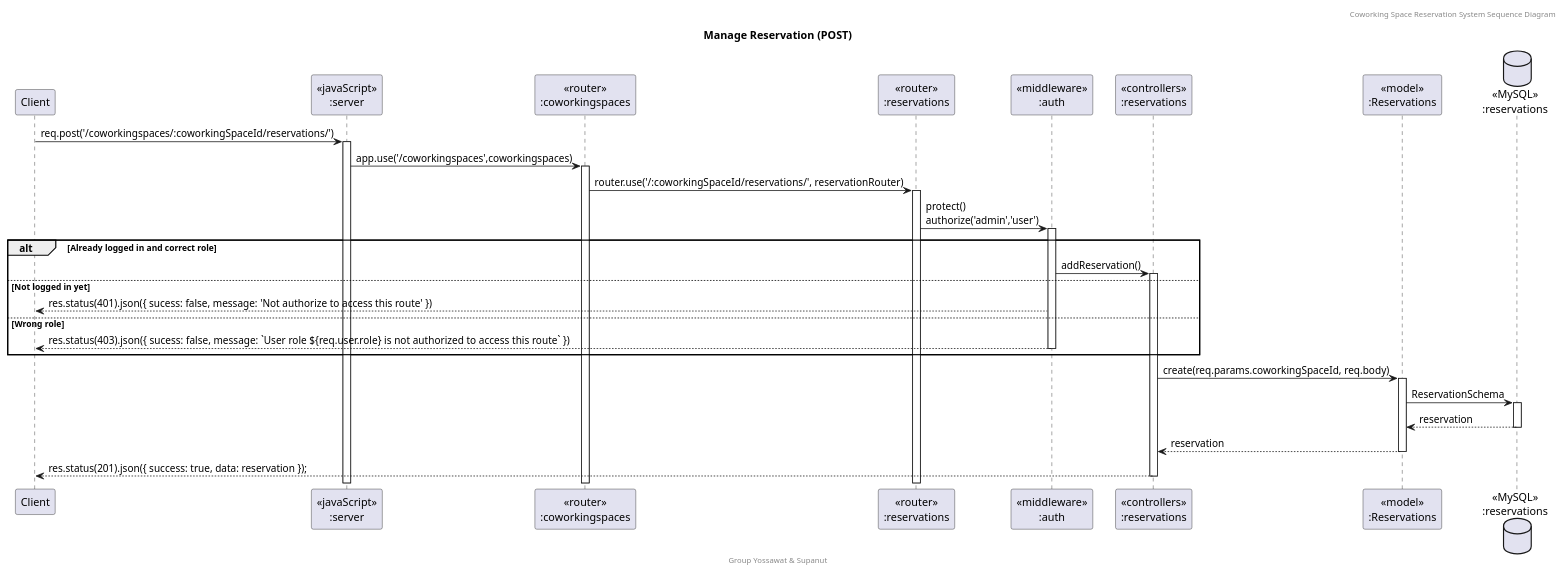
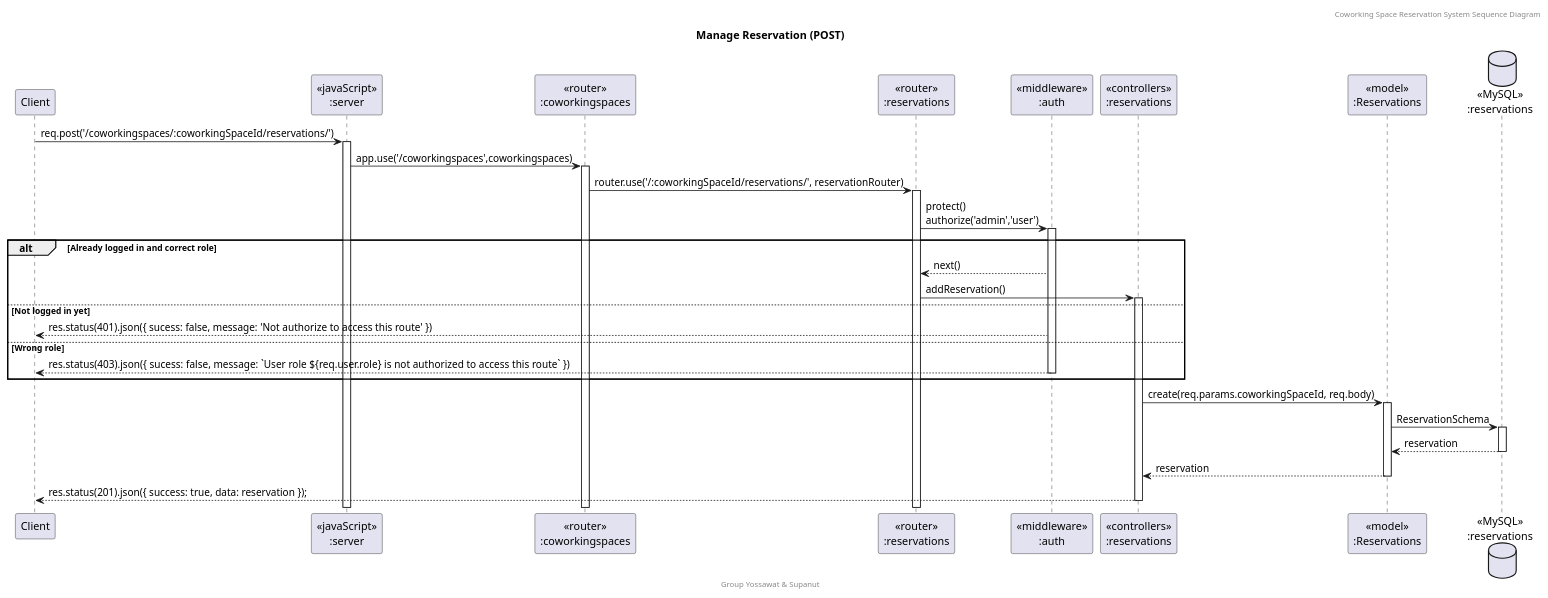
The diagram in doc/Sequence Diagram/puml/Re_Post.puml (SupanutT/sw-dev-prac-project), drawn with PlantUML before and after one commit. The commit also changed 7 other files, not shown here.

Commit message:
fix: sequence diagram

```diff
--- a/doc/Sequence Diagram/puml/Re_Post.puml
+++ b/doc/Sequence Diagram/puml/Re_Post.puml
@@ -1,33 +1,34 @@
 @startuml Manage Reservation (POST)
 
 header Coworking Space Reservation System Sequence Diagram
 footer Group Yossawat & Supanut
 title "Manage Reservation (POST)"
 
 participant "Client" as client
 participant "<<javaScript>>\n:server" as server
 participant "<<router>>\n:coworkingspaces" as routerCoworkingSpaces
 participant "<<router>>\n:reservations" as routerReservations
 participant "<<middleware>>\n:auth" as middleware
 participant "<<controllers>>\n:reservations" as controllersReservations
 participant "<<model>>\n:Reservations" as modelReservation
 database "<<MySQL>>\n:reservations" as ReservationsDatabase
 
 client -> server ++:req.post('/coworkingspaces/:coworkingSpaceId/reservations/')
 server -> routerCoworkingSpaces ++:app.use('/coworkingspaces',coworkingspaces)
 routerCoworkingSpaces -> routerReservations ++:router.use('/:coworkingSpaceId/reservations/', reservationRouter)
 routerReservations -> middleware ++:protect()\nauthorize('admin','user')
 alt Already logged in and correct role
-    middleware -> controllersReservations ++: addReservation()
+    middleware --> routerReservations : next()
+    routerReservations -> controllersReservations ++: addReservation()
 else Not logged in yet
     middleware --> client : res.status(401).json({ sucess: false, message: 'Not authorize to access this route' })
 else Wrong role
     middleware --> client --: res.status(403).json({ sucess: false, message: `User role ${req.user.role} is not authorized to access this route` })
 end
 controllersReservations -> modelReservation ++: create(req.params.coworkingSpaceId, req.body)
 modelReservation -> ReservationsDatabase ++: ReservationSchema
 ReservationsDatabase --> modelReservation --: reservation
 controllersReservations <-- modelReservation --: reservation
 controllersReservations --> client --:res.status(201).json({ success: true, data: reservation });
 
 @enduml
```
